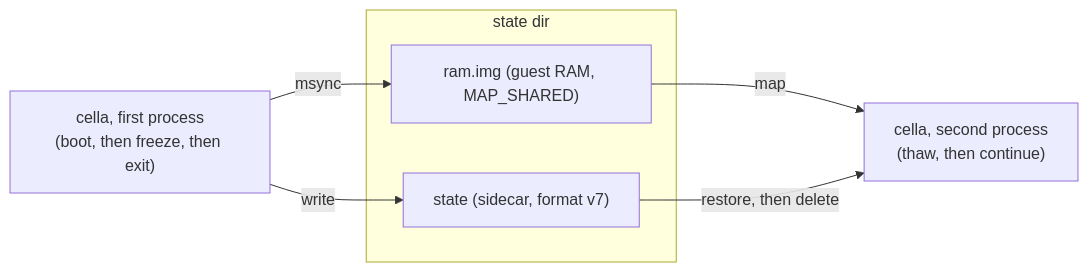
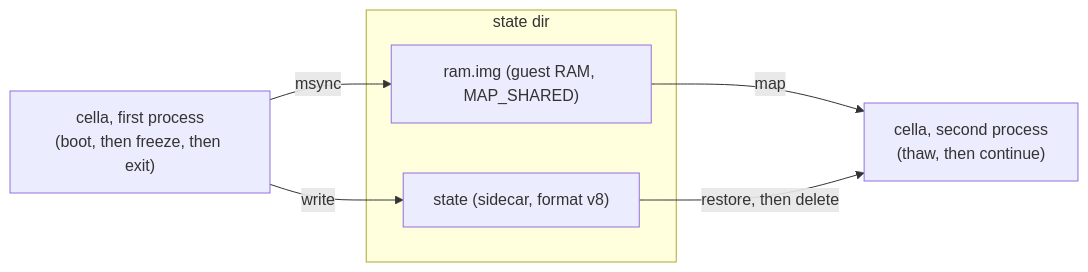
One commit to omne-earth/cella changed the second of 6 diagrams in docs/FREEZE-THAW.md. Above: the diagram before and after it, drawn with Mermaid. The commit also changed other lines of this file and 12 other files, not shown here.

````diff
--- a/docs/FREEZE-THAW.md
+++ b/docs/FREEZE-THAW.md
@@ -84,11 +84,11 @@
 ```mermaid
 flowchart LR
     C1["cella, first process<br/>(boot, then freeze, then exit)"] -->|"msync"| RAM
     C1 -->|"write"| SC
     subgraph state["state dir"]
         RAM["ram.img (guest RAM, MAP_SHARED)"]
-        SC["state (sidecar, format v7)"]
+        SC["state (sidecar, format v8)"]
     end
     RAM -->|"map"| C2["cella, second process<br/>(thaw, then continue)"]
     SC -->|"restore, then delete"| C2
 ```
````
